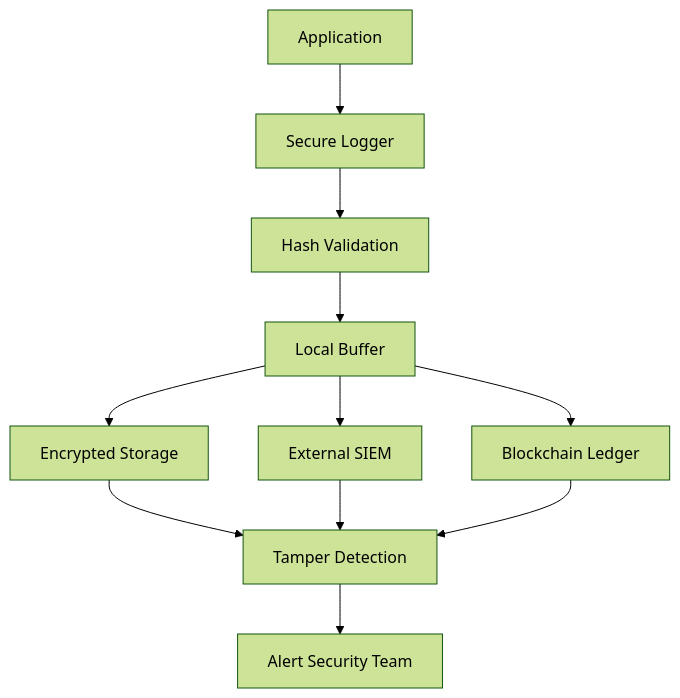
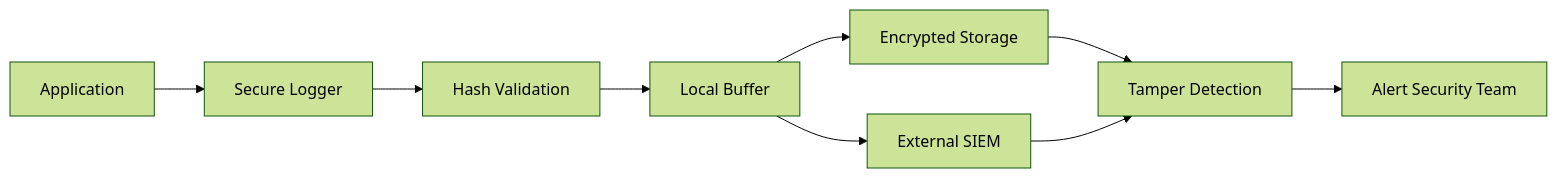
Before and after one commit to codebytes/mitre-attack-for-devs: the second of 7 diagrams in slides/Slides.md, drawn with Mermaid (forest theme). The commit also changed other lines of this file, not shown here.

Commit message:
Fix overflowing slides: split code blocks, simplify diagrams, trim content

```diff
--- a/slides/Slides.md
+++ b/slides/Slides.md
@@ -693,13 +695,11 @@
 <div class="mermaid">
-graph TD
+graph LR
     A[Application] --> B[Secure Logger]
     B --> C[Hash Validation]
     C --> D[Local Buffer]
     D --> E[Encrypted Storage]
     D --> F[External SIEM]
-    D --> G[Blockchain Ledger]
-    E --> H[Tamper Detection]
-    F --> H
-    G --> H
-    H --> I[Alert Security Team]
+    E --> G[Tamper Detection]
+    F --> G
+    G --> H[Alert Security Team]
 </div>
```
